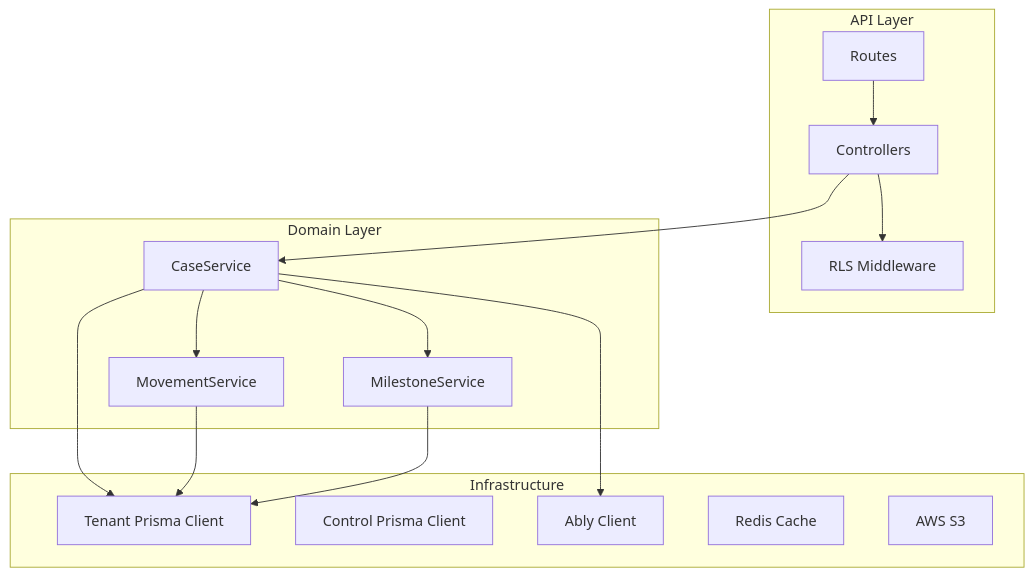
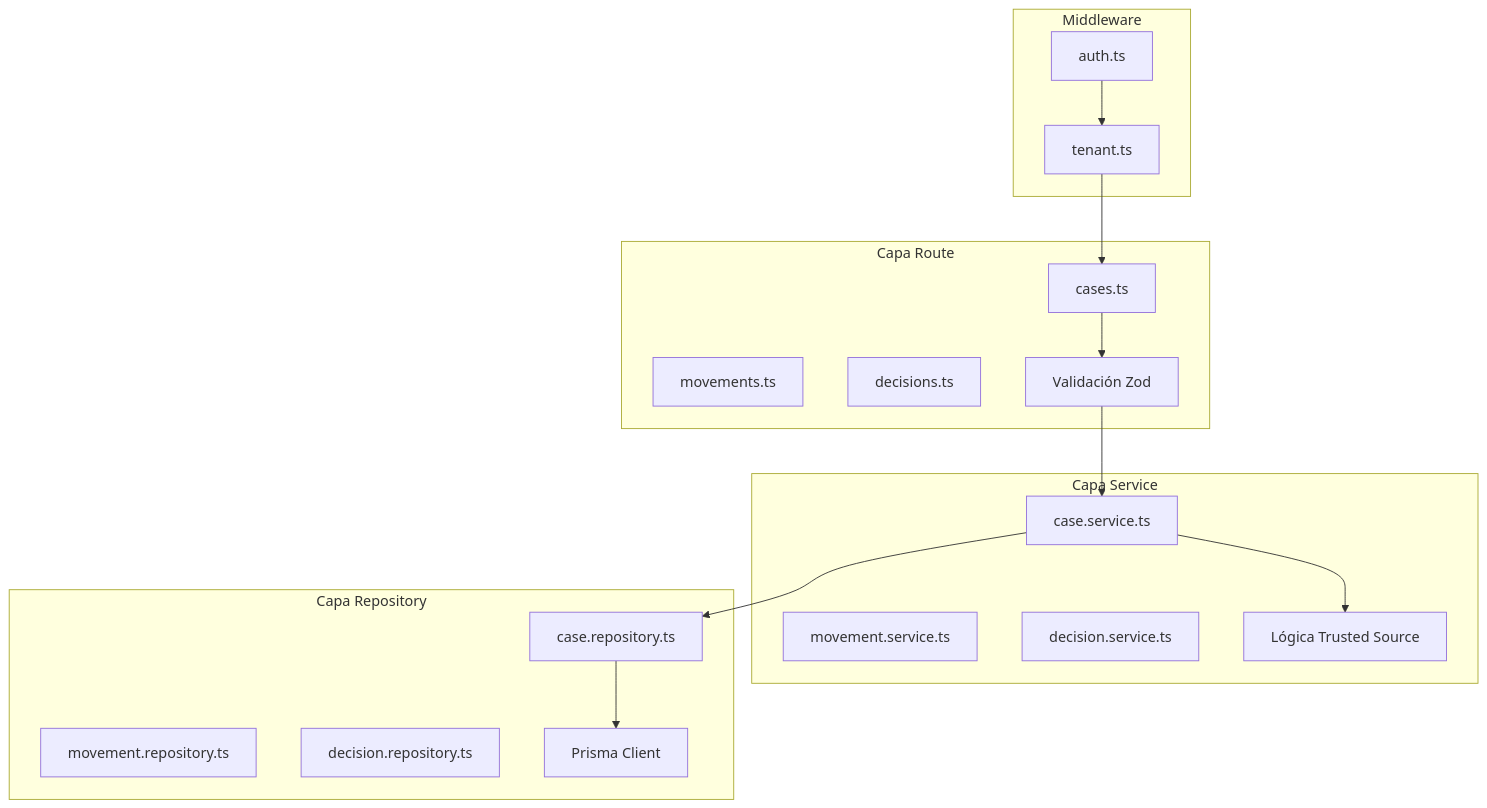
The diagram in es/servicios/clamo-cases.mdx (GetClamo/docs), drawn with Mermaid before and after one commit. The commit also changed other lines of this file and 10 other files, not shown here.

````diff
--- a/es/servicios/clamo-cases.mdx
+++ b/es/servicios/clamo-cases.mdx
@@ -31,32 +25,37 @@
 ```mermaid
 flowchart TB
-    subgraph API [API Layer]
-        Routes[Routes]
-        Controllers[Controllers]
-        RLS[RLS Middleware]
+    subgraph Routes [Capa Route]
+        CasesRoute[cases.ts]
+        MovementsRoute[movements.ts]
+        DecisionsRoute[decisions.ts]
+        Zod[Validación Zod]
     end
     
-    subgraph Domain [Domain Layer]
-        CaseService[CaseService]
-        MovementService[MovementService]
-        MilestoneService[MilestoneService]
+    subgraph Services [Capa Service]
+        CaseService[case.service.ts]
+        MovementService[movement.service.ts]
+        DecisionService[decision.service.ts]
+        TrustedSource[Lógica Trusted Source]
     end
     
-    subgraph Infrastructure [Infrastructure]
-        TenantDB[Tenant Prisma Client]
-        ControlDB[Control Prisma Client]
-        Ably[Ably Client]
-        Redis[Redis Cache]
-        S3[AWS S3]
+    subgraph Repositories [Capa Repository]
+        CaseRepo[case.repository.ts]
+        MovementRepo[movement.repository.ts]
+        DecisionRepo[decision.repository.ts]
+        Prisma[Prisma Client]
     end
     
-    Routes --> Controllers
-    Controllers --> RLS
-    Controllers --> CaseService
-    CaseService --> MovementService
-    CaseService --> MilestoneService
-    CaseService --> TenantDB
-    CaseService --> Ably
-    MovementService --> TenantDB
-    MilestoneService --> TenantDB
+    subgraph Middleware [Middleware]
+        Auth[auth.ts]
+        Tenant[tenant.ts]
+    end
+    
+    CasesRoute --> Zod
+    Zod --> CaseService
+    CaseService --> TrustedSource
+    CaseService --> CaseRepo
+    CaseRepo --> Prisma
+    
+    Auth --> Tenant
+    Tenant --> CasesRoute
 ```
````
